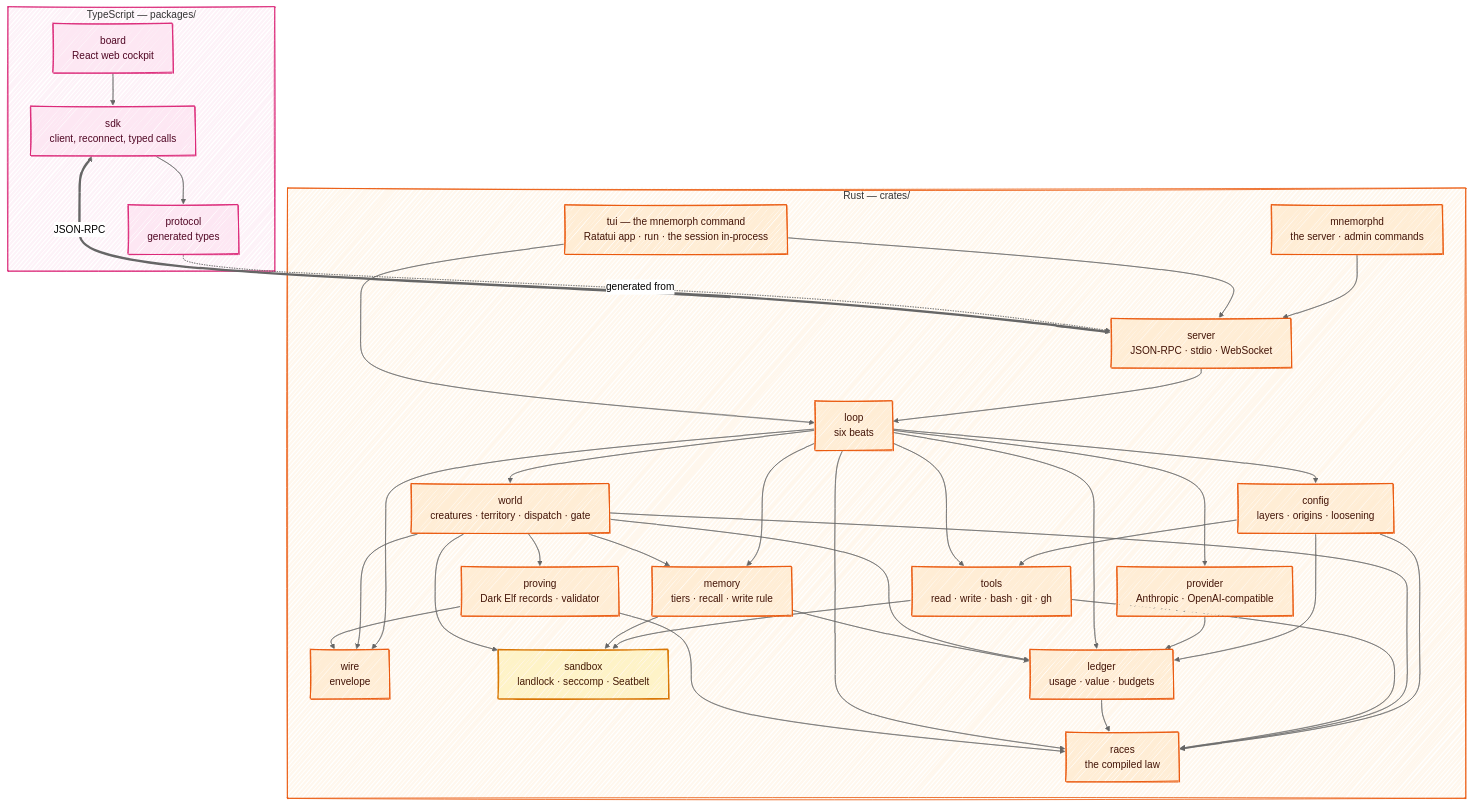
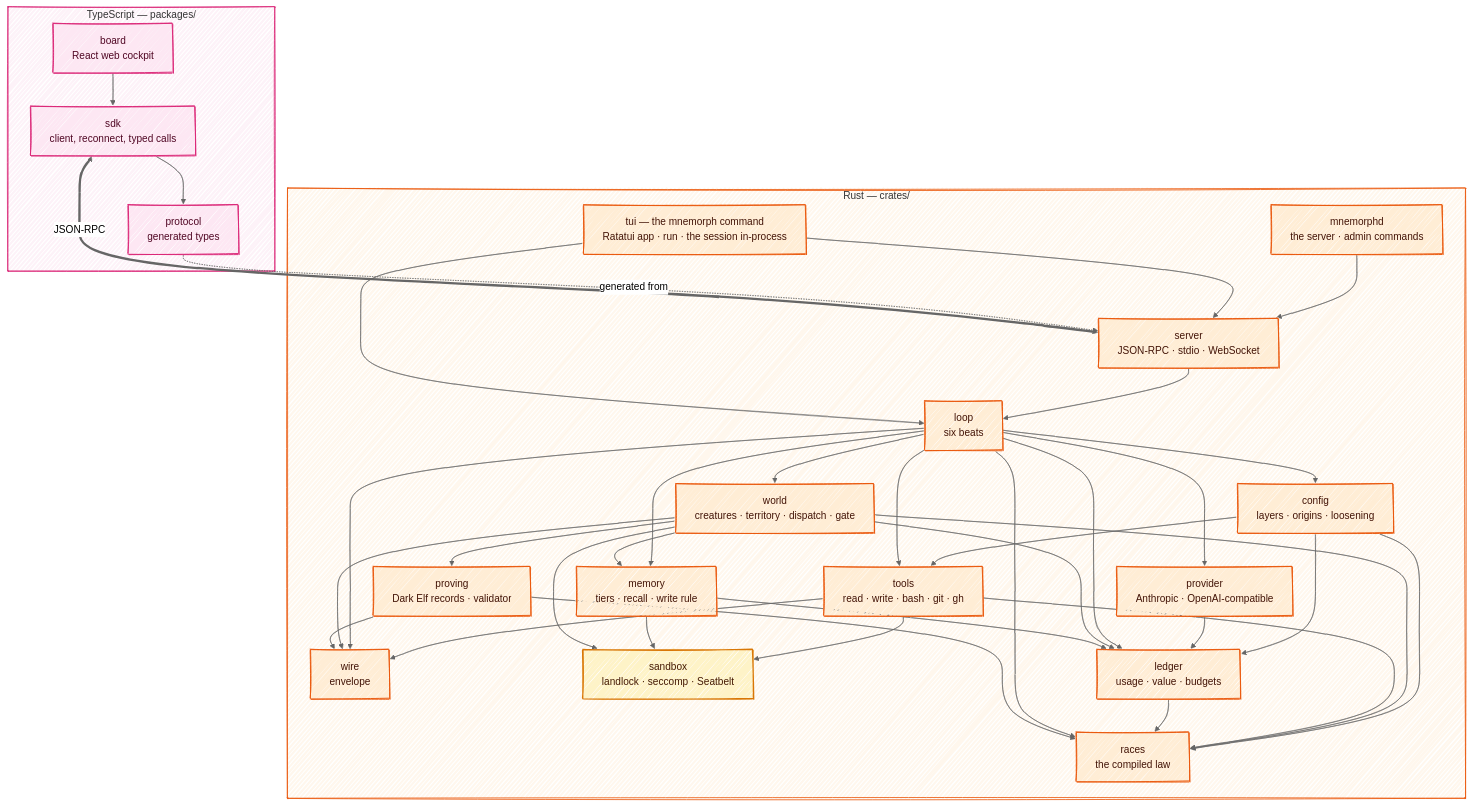
One commit to Kaginari/mnemorph changed the first of 3 diagrams in docs/05-architecture.md. Above: the diagram before and after it, drawn with Mermaid. The commit also changed 24 other files, not shown here.

````diff
--- a/docs/05-architecture.md
+++ b/docs/05-architecture.md
@@ -5,67 +5,68 @@
 ```mermaid
 ---
 config:
   look: handDrawn
   theme: neutral
   flowchart:
     wrappingWidth: 360
 ---
 flowchart TB
     subgraph ts["TypeScript — packages/"]
       BOARD["board<br/>React web cockpit"]
       SDK["sdk<br/>client, reconnect, typed calls"]
       PROTO["protocol<br/>generated types"]
       BOARD --> SDK
       SDK --> PROTO
     end
     subgraph rs["Rust — crates/"]
       TUI["tui — the mnemorph command<br/>Ratatui app · run · the session in-process"]
       D["mnemorphd<br/>the server · admin commands"]
       SERVER["server<br/>JSON-RPC · stdio · WebSocket"]
       LOOP["loop<br/>six beats"]
       WORLD["world<br/>creatures · territory · dispatch · gate"]
       RACES["races<br/>the compiled law"]
       WIRE["wire<br/>envelope"]
       TOOLS["tools<br/>read · write · bash · git · gh"]
       SANDBOX["sandbox<br/>landlock · seccomp · Seatbelt"]
       PROV["provider<br/>Anthropic · OpenAI-compatible"]
       LEDGER["ledger<br/>usage · value · budgets"]
       MEM["memory<br/>tiers · recall · write rule"]
       CONFIG["config<br/>layers · origins · loosening"]
       PROVING["proving<br/>Dark Elf records · validator"]
       SERVER --> LOOP
       D --> SERVER
       TUI --> SERVER
       TUI --> LOOP
       LOOP --> CONFIG --> TOOLS
       CONFIG --> RACES
       CONFIG --> LEDGER
       LOOP --> WORLD --> RACES
       LOOP --> PROV --> LEDGER
       LOOP --> TOOLS --> SANDBOX
       TOOLS --> RACES
+      TOOLS --> WIRE
       LOOP --> LEDGER --> RACES
       LOOP --> MEM
       LOOP --> RACES
       LOOP --> WIRE
       WORLD --> WIRE
       WORLD --> LEDGER
       WORLD --> MEM
       MEM --> LEDGER
       MEM --> SANDBOX
       WORLD --> SANDBOX
       WORLD --> PROVING
       PROVING --> WIRE
       PROVING --> RACES
     end
     PROTO -. generated from .-> SERVER
     SDK <==>|JSON-RPC| SERVER
     classDef ts fill:#fde7f3,stroke:#db2777,stroke-width:1.5px,color:#500724
     class BOARD,SDK,PROTO ts
     classDef rs fill:#ffedd5,stroke:#ea580c,stroke-width:1.5px,color:#431407
     class TUI,D,SERVER,LOOP,WORLD,RACES,WIRE,TOOLS,PROV,LEDGER,MEM,CONFIG,PROVING rs
     classDef gate fill:#fef3c7,stroke:#d97706,stroke-width:2px,color:#451a03
     class SANDBOX gate
     style ts fill:#fdf2f8,stroke:#db2777
     style rs fill:#fff7ed,stroke:#ea580c
 ```
````
